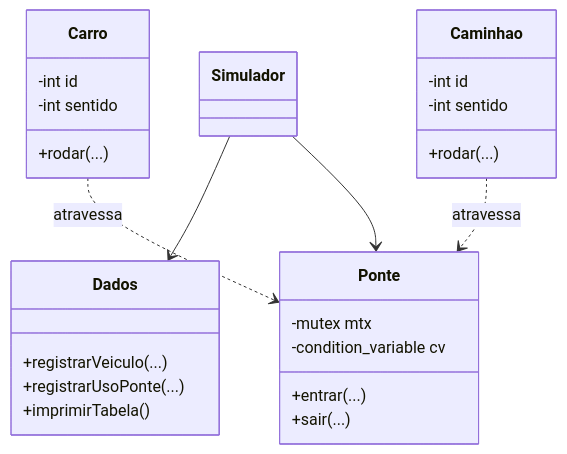
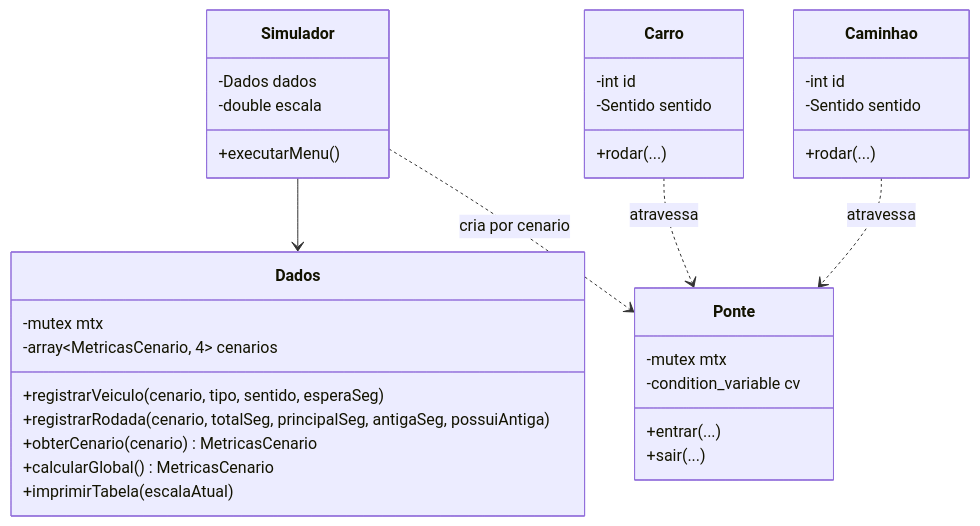
The diagram in docs/arquitetura.md (Vitorfol/One-Lane-Bridge-Problem), drawn with Mermaid before and after one commit. The commit also changed other lines of this file and 10 other files, not shown here.

````diff
--- a/docs/arquitetura.md
+++ b/docs/arquitetura.md
@@ -35,32 +36,42 @@
 ```mermaid
 classDiagram
     class Dados {
-        +registrarVeiculo(...)
-        +registrarUsoPonte(...)
-        +imprimirTabela()
+        -mutex mtx
+        -array~MetricasCenario, 4~ cenarios
+        +registrarVeiculo(cenario, tipo, sentido, esperaSeg)
+        +registrarRodada(cenario, totalSeg, principalSeg, antigaSeg, possuiAntiga)
+        +obterCenario(cenario) MetricasCenario
+        +calcularGlobal() MetricasCenario
+        +imprimirTabela(escalaAtual)
+    }
+
+    class Simulador {
+        -Dados dados
+        -double escala
+        +executarMenu()
     }
 
     class Ponte {
         -mutex mtx
         -condition_variable cv
         +entrar(...)
         +sair(...)
     }
 
     class Carro {
         -int id
-        -int sentido
+        -Sentido sentido
         +rodar(...)
     }
 
     class Caminhao {
         -int id
-        -int sentido
+        -Sentido sentido
         +rodar(...)
     }
 
     Simulador --> Dados
-    Simulador --> Ponte
+    Simulador ..> Ponte : cria por cenario
     Carro ..> Ponte : atravessa
     Caminhao ..> Ponte : atravessa
 ```
````
